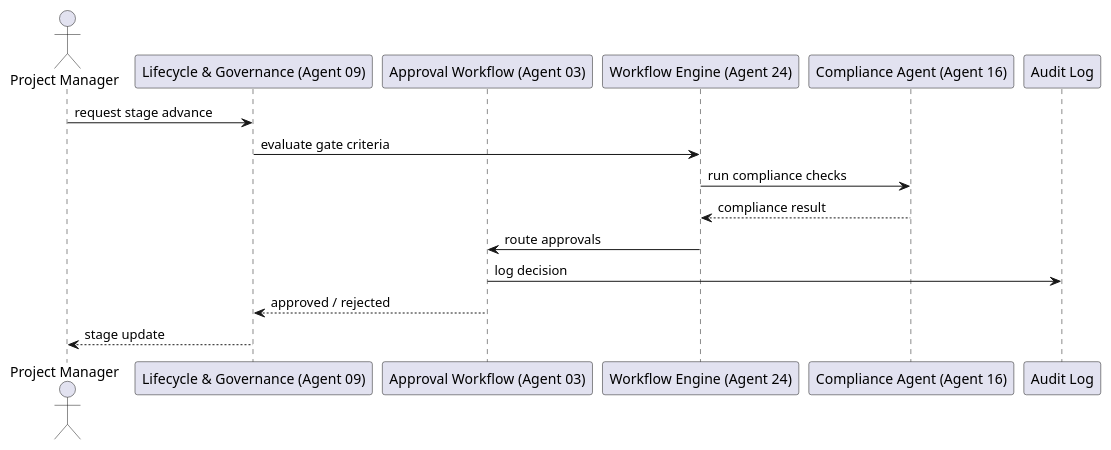
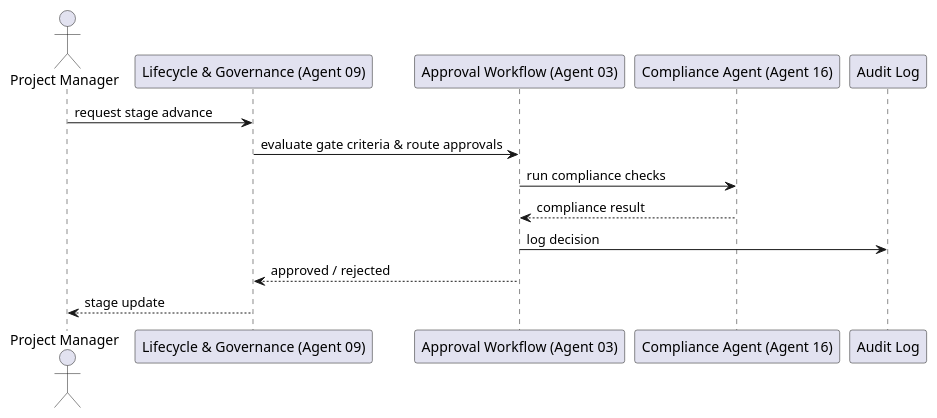
Before and after one commit to georgeprowse91/v6-multi-agent-ppm-platform: the diagram in docs/architecture/diagrams/seq-stage-gate-enforcement.puml, drawn with PlantUML. The commit also changed 29 other files, not shown here.

First line of the commit message:
refactor: merge workflow-engine-agent into approval-workflow-agent and add workspace-setup-agent

```diff
--- a/docs/architecture/diagrams/seq-stage-gate-enforcement.puml
+++ b/docs/architecture/diagrams/seq-stage-gate-enforcement.puml
@@ -1,17 +1,15 @@
 @startuml
 actor "Project Manager" as PM
 participant "Lifecycle & Governance (Agent 09)" as A09
 participant "Approval Workflow (Agent 03)" as A03
-participant "Workflow Engine (Agent 24)" as A24
 participant "Compliance Agent (Agent 16)" as A16
 participant "Audit Log" as Audit
 
 PM -> A09: request stage advance
-A09 -> A24: evaluate gate criteria
-A24 -> A16: run compliance checks
-A16 --> A24: compliance result
-A24 -> A03: route approvals
+A09 -> A03: evaluate gate criteria & route approvals
+A03 -> A16: run compliance checks
+A16 --> A03: compliance result
 A03 -> Audit: log decision
 A03 --> A09: approved / rejected
 A09 --> PM: stage update
 @enduml
```
